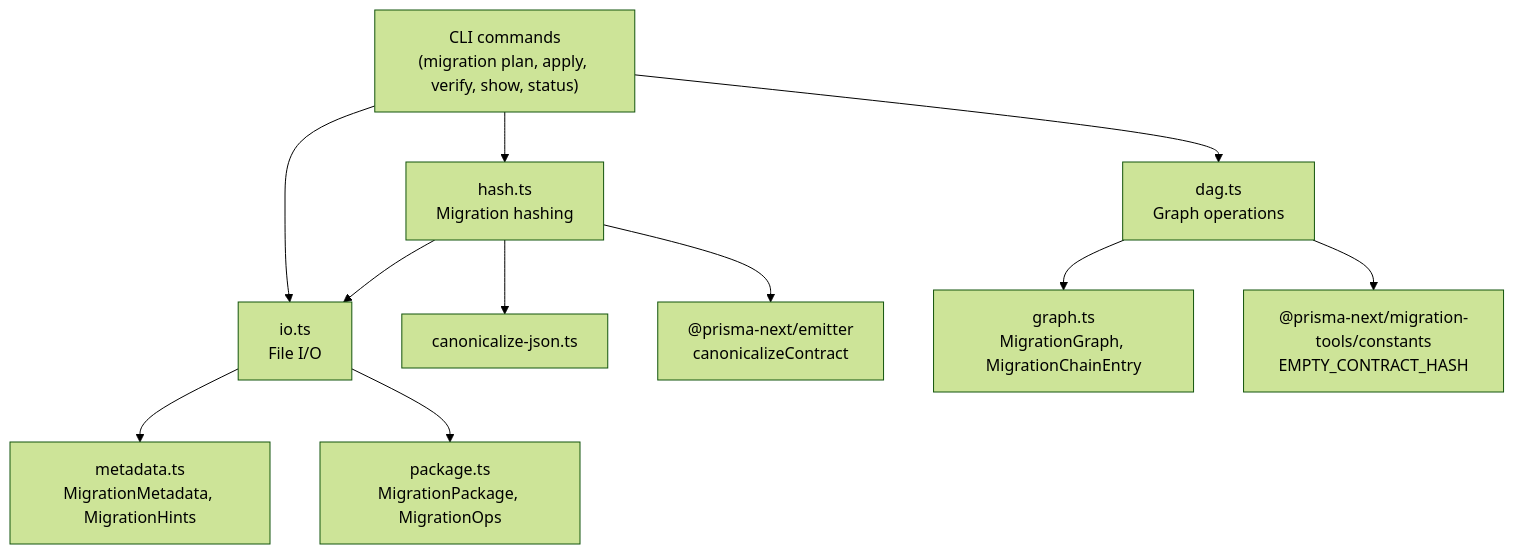
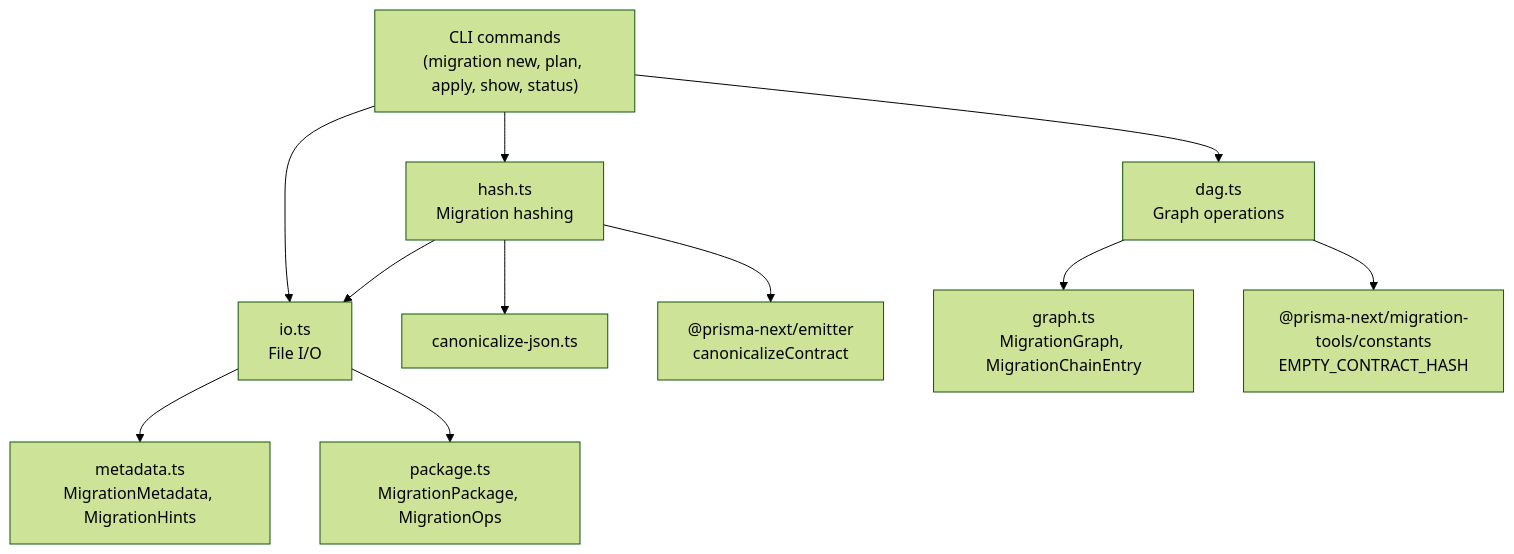
Before and after one commit to prisma/prisma-next: the diagram in packages/1-framework/3-tooling/migration/README.md, drawn with Mermaid (forest theme). The commit also changed other lines of this file and 1 other file, not shown here.

First line of the commit message:
docs(migration-tools,cli): refresh README terminology and integrity framing

````diff
--- a/packages/1-framework/3-tooling/migration/README.md
+++ b/packages/1-framework/3-tooling/migration/README.md
@@ -37,13 +45,13 @@
 ```mermaid
 graph TD
-    CLI["CLI commands<br/>(migration plan, apply, verify, show, status)"] --> IO["io.ts<br/>File I/O"]
+    CLI["CLI commands<br/>(migration new, plan, apply, show, status)"] --> IO["io.ts<br/>File I/O"]
     CLI --> HASH["hash.ts<br/>Migration hashing"]
     CLI --> GRAPH["dag.ts<br/>Graph operations"]
     IO --> META["metadata.ts<br/>MigrationMetadata, MigrationHints"]
     IO --> PKG["package.ts<br/>MigrationPackage, MigrationOps"]
     HASH --> IO
     HASH --> CAN["canonicalize-json.ts"]
     HASH --> CP["@prisma-next/emitter<br/>canonicalizeContract"]
     GRAPH --> GR["graph.ts<br/>MigrationGraph, MigrationChainEntry"]
     GRAPH --> ABS["@prisma-next/migration-tools/constants<br/>EMPTY_CONTRACT_HASH"]
 ```
````
